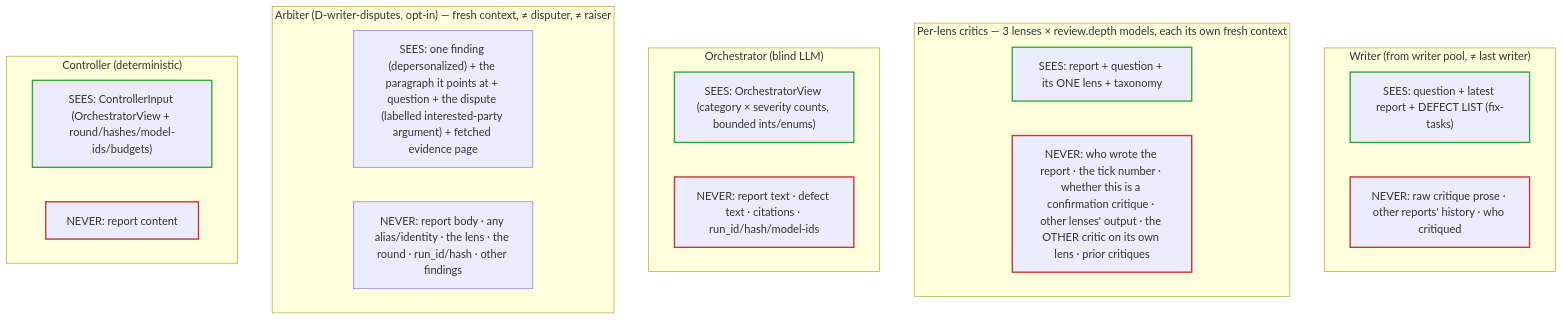
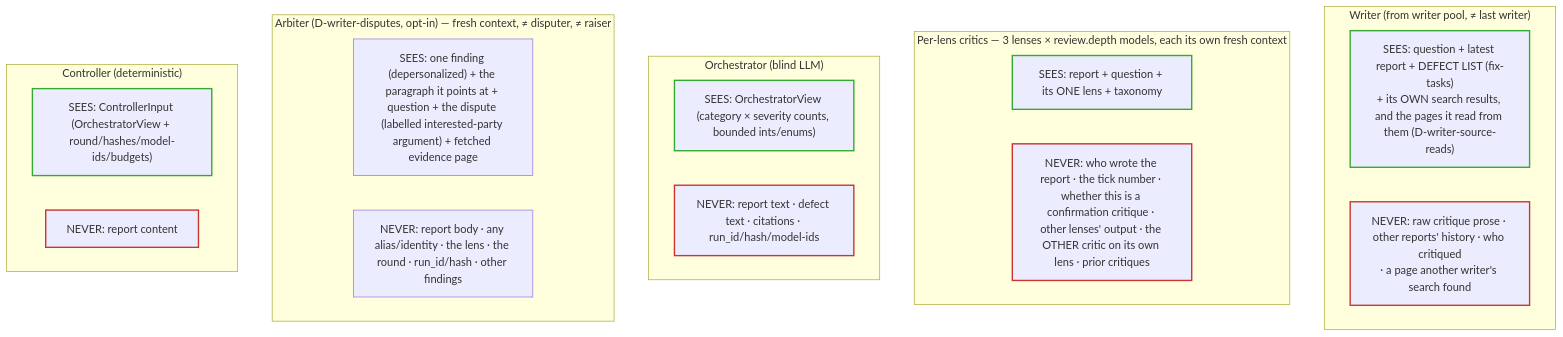
One commit to NickBorgers/reasonable-answer changed the first of 4 diagrams in docs/isolation.md. Above: the diagram before and after it, drawn with Mermaid. The commit also changed other lines of this file and 22 other files, not shown here.

First line of the commit message:
feat(retrieval): let writers read the pages they cite, and trace claims to them (D-writer-source-reads) (#144)

````diff
--- a/docs/isolation.md
+++ b/docs/isolation.md
@@ -75,32 +75,32 @@
 ```mermaid
 flowchart TB
     subgraph GEN["Writer (from writer pool, ≠ last writer)"]
-        Gin["SEES: question + latest report + DEFECT LIST (fix-tasks)"]
-        Gno["NEVER: raw critique prose · other reports' history · who critiqued"]
+        Gin["SEES: question + latest report + DEFECT LIST (fix-tasks)<br/>+ its OWN search results, and the pages it read from them (D-writer-source-reads)"]
+        Gno["NEVER: raw critique prose · other reports' history · who critiqued<br/>· a page another writer's search found"]
     end
     subgraph CRIT["Per-lens critics — 3 lenses × review.depth models, each its own fresh context"]
         Cin["SEES: report + question + its ONE lens + taxonomy"]
         Cno["NEVER: who wrote the report · the tick number · whether this is a confirmation critique · other lenses' output · the OTHER critic on its own lens · prior critiques"]
     end
     subgraph ORC["Orchestrator (blind LLM)"]
         Oin["SEES: OrchestratorView (category × severity counts, bounded ints/enums)"]
         Ono["NEVER: report text · defect text · citations · run_id/hash/model-ids"]
     end
     subgraph ARB["Arbiter (D-writer-disputes, opt-in) — fresh context, ≠ disputer, ≠ raiser"]
         Ain["SEES: one finding (depersonalized) + the paragraph it points at + question + the dispute (labelled interested-party argument) + fetched evidence page"]
         Ano["NEVER: report body · any alias/identity · the lens · the round · run_id/hash · other findings"]
     end
     subgraph CT["Controller (deterministic)"]
         CTin["SEES: ControllerInput (OrchestratorView + round/hashes/model-ids/budgets)"]
         CTno["NEVER: report content"]
     end
 
     %% Stroke only, no fill: a hard-coded pale fill keeps its colour in dark mode while
     %% the label turns light, leaving unreadable text. Leaving the fill alone lets the
     %% renderer pick a background that matches the surrounding page in either theme,
     %% and the see/never distinction rides on the border colour instead.
     classDef see stroke:#3a3,stroke-width:2px;
     classDef no stroke:#c33,stroke-width:2px;
     class Gin,Cin,Oin,CTin see;
     class Gno,Cno,Ono,CTno no;
 ```
````
